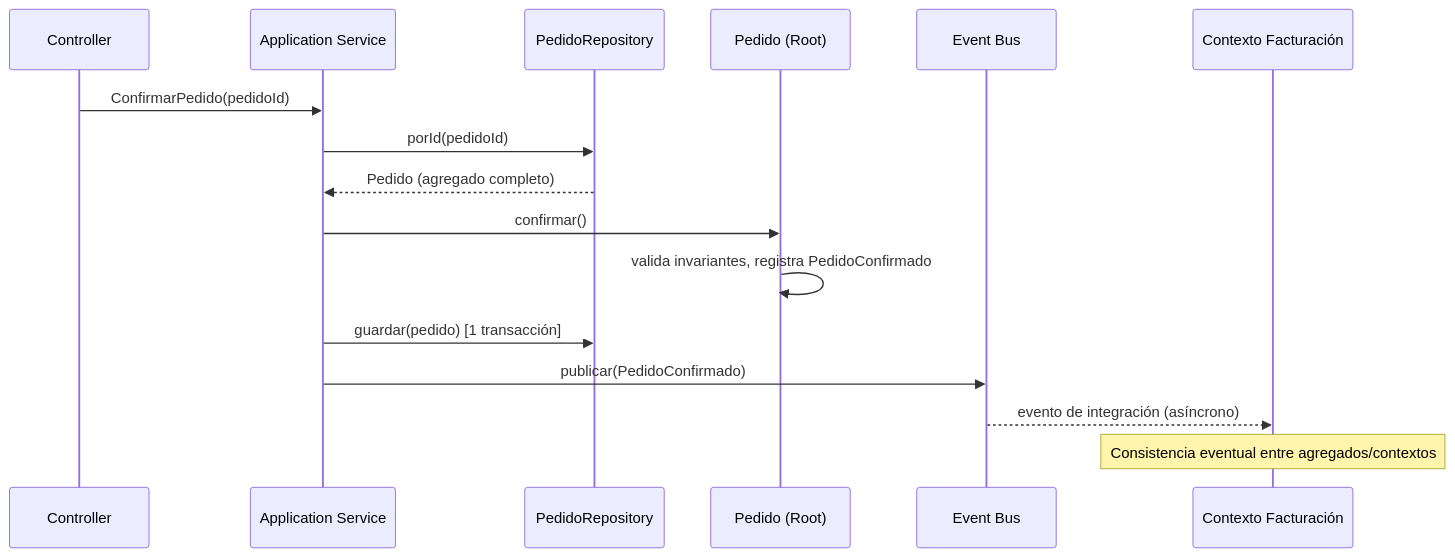
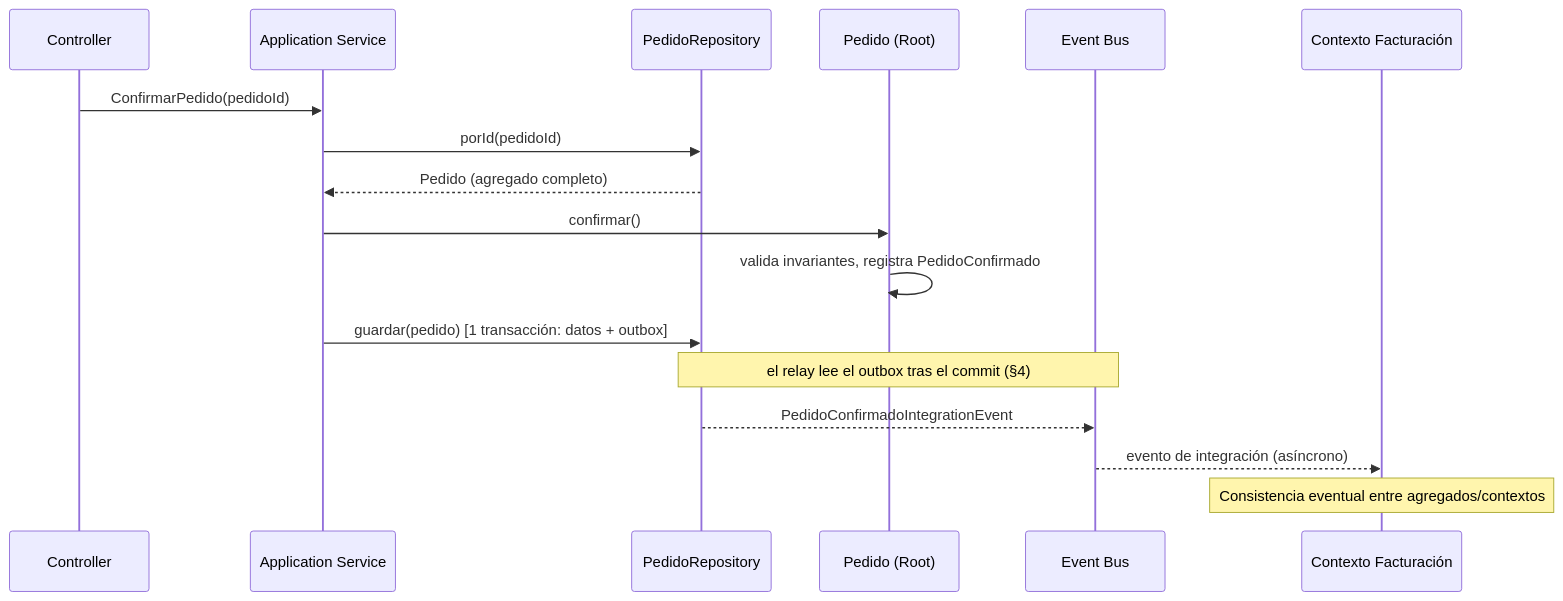
Before and after one commit to juvndvv/knowledge-base: the fifth of 5 diagrams in ddd/building-blocks-tacticos.md, drawn with Mermaid. The commit also changed other lines of this file, not shown here.

First line of the commit message:
Distinguir eventos de dominio e integración con ejemplos de outbox

````diff
--- a/ddd/building-blocks-tacticos.md
+++ b/ddd/building-blocks-tacticos.md
@@ -284,18 +437,19 @@
 ```mermaid
 sequenceDiagram
   participant API as Controller
   participant AS as Application Service
   participant R as PedidoRepository
   participant P as Pedido (Root)
   participant B as Event Bus
   participant F as Contexto Facturación
   API->>AS: ConfirmarPedido(pedidoId)
   AS->>R: porId(pedidoId)
   R-->>AS: Pedido (agregado completo)
   AS->>P: confirmar()
   P->>P: valida invariantes, registra PedidoConfirmado
-  AS->>R: guardar(pedido) [1 transacción]
-  AS->>B: publicar(PedidoConfirmado)
+  AS->>R: guardar(pedido) [1 transacción: datos + outbox]
+  Note over R,B: el relay lee el outbox tras el commit (§4)
+  R-->>B: PedidoConfirmadoIntegrationEvent
   B-->>F: evento de integración (asíncrono)
   Note over F: Consistencia eventual entre agregados/contextos
 ```
````
